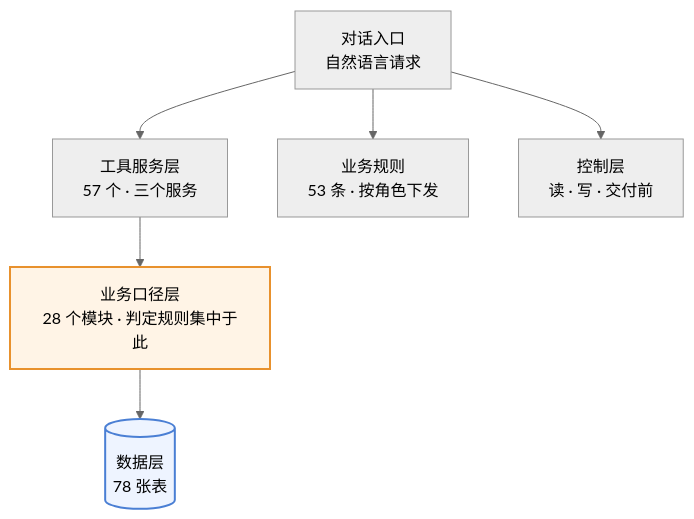
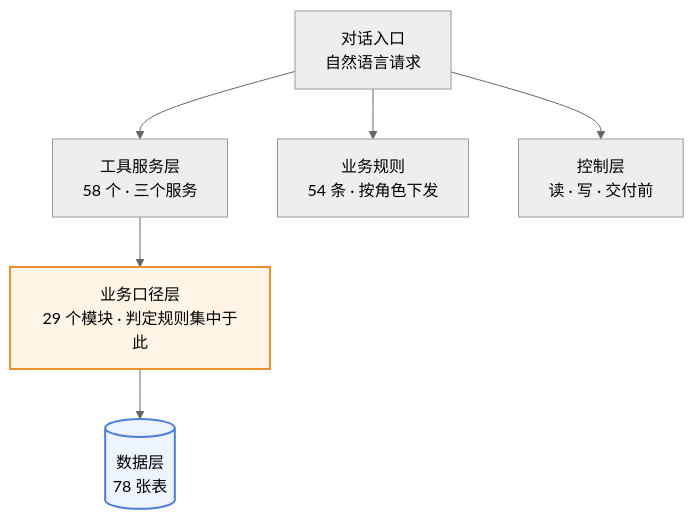
The first of 4 diagrams in 澜绣云裳agent-产品需求文档.md (843773296-rgb/lanxiu-yunshang-agent), drawn with Mermaid (neutral theme) before and after one commit. The commit also changed other lines of this file and 16 other files, not shown here.

````diff
--- a/澜绣云裳agent-产品需求文档.md
+++ b/澜绣云裳agent-产品需求文档.md
@@ -134,12 +134,12 @@
 ```mermaid
 flowchart TD
     M["对话入口<br/>自然语言请求"]
-    M --> T["工具服务层<br/>57 个 · 三个服务"]
-    M --> R["业务规则<br/>53 条 · 按角色下发"]
+    M --> T["工具服务层<br/>58 个 · 三个服务"]
+    M --> R["业务规则<br/>54 条 · 按角色下发"]
     M --> G["控制层<br/>读 · 写 · 交付前"]
-    T --> K["业务口径层<br/>28 个模块 · 判定规则集中于此"]
+    T --> K["业务口径层<br/>29 个模块 · 判定规则集中于此"]
     K --> DB[("数据层<br/>78 张表")]
 
     style K fill:#fff4e6,stroke:#e8912d,stroke-width:2px
     style DB fill:#eef4ff,stroke:#4a7fd4,stroke-width:2px
 ```
````
